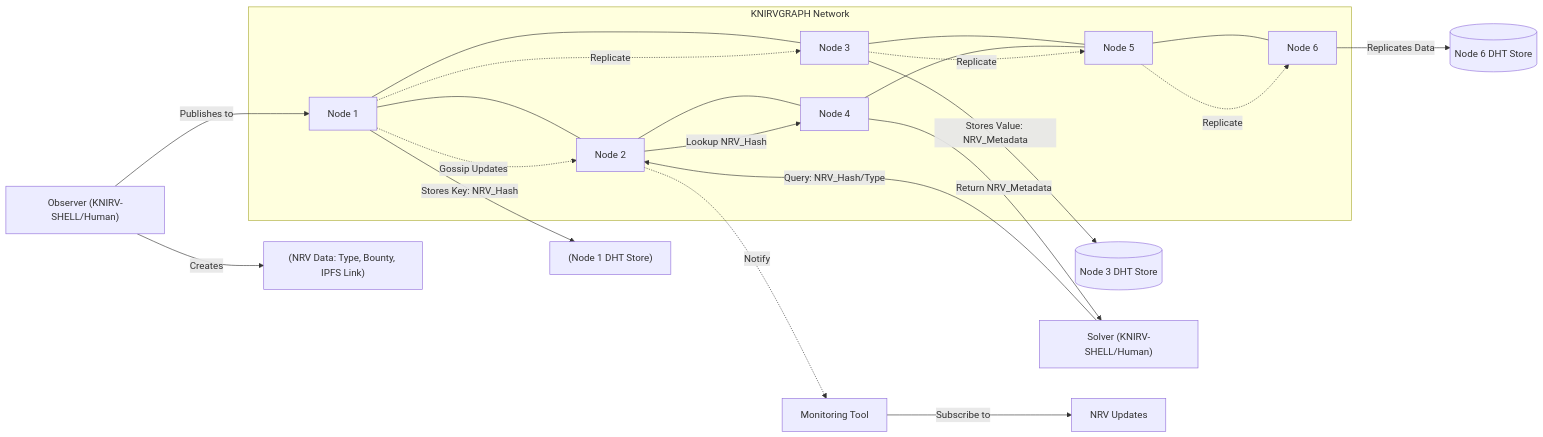
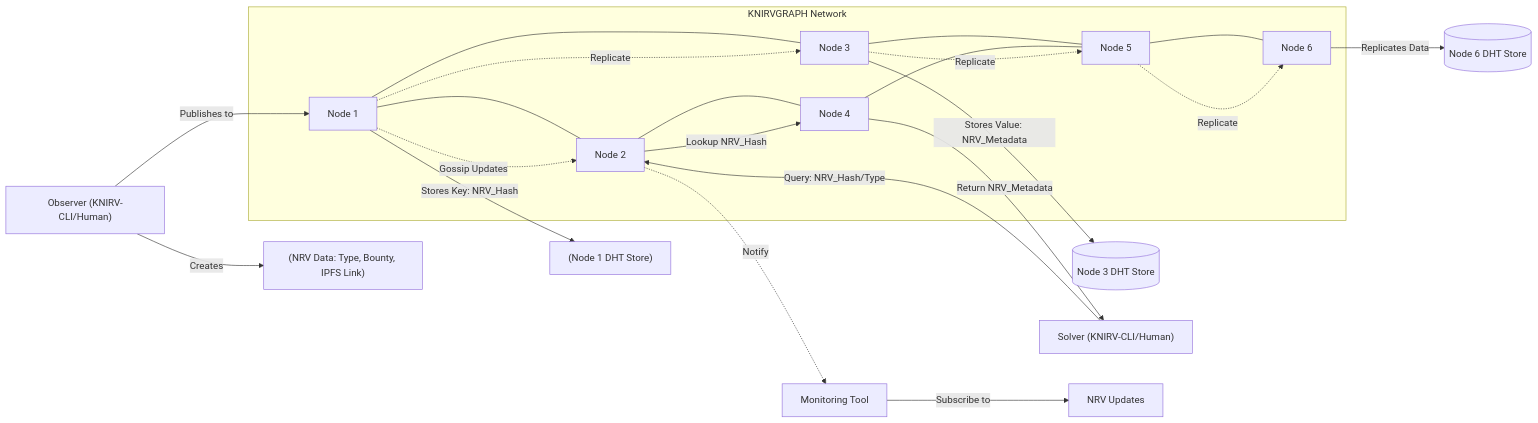
Before and after one commit to guiperry/KNIRV_NETWORK: the second of 9 diagrams in KNIRVGATEWAY/documentation/docsify/whitepapers/KNIRV-GRAPH_Whitepaper.md, drawn with Mermaid. The commit also changed other lines of this file and 1506 other files, not shown here.

````diff
--- a/KNIRVGATEWAY/documentation/docsify/whitepapers/KNIRV-GRAPH_Whitepaper.md
+++ b/KNIRVGATEWAY/documentation/docsify/whitepapers/KNIRV-GRAPH_Whitepaper.md
@@ -157,30 +157,30 @@
 ```mermaid
 graph LR
     subgraph KNIRVGRAPH_NETWORK[KNIRVGRAPH Network]
         N1[Node 1] --- N2[Node 2]
         N1 --- N3[Node 3]
         N2 --- N4[Node 4]
         N3 --- N5[Node 5]
         N4 --- N5
         N5 --- N6[Node 6]
     end
 
-    Obs["Observer (KNIRV-SHELL/Human)"] -- Creates --> NRV_Data["(NRV Data: Type, Bounty, IPFS Link)"]
+    Obs["Observer (KNIRV-CLI/Human)"] -- Creates --> NRV_Data["(NRV Data: Type, Bounty, IPFS Link)"]
     Obs -- Publishes to --> N1
     
     N1 -- Stores Key: NRV_Hash --> N1_Store["(Node 1 DHT Store)"]
     N3 -- Stores Value: NRV_Metadata --> N3_Store[(Node 3 DHT Store)]
     N6 -- Replicates Data --> N6_Store[(Node 6 DHT Store)]
     
-    Solv["Solver (KNIRV-SHELL/Human)"] -- Query: NRV_Hash/Type --> N2
+    Solv["Solver (KNIRV-CLI/Human)"] -- Query: NRV_Hash/Type --> N2
     N2 -- Lookup NRV_Hash --> N4
     N4 -- Return NRV_Metadata --> Solv
 
     Monitor[Monitoring Tool] -- Subscribe to --> DHT_Updates[NRV Updates]
     N1 -. Gossip Updates .-> N2
     N2 -. Notify .-> Monitor
     
     N1 -. Replicate .-> N3
     N3 -. Replicate .-> N5
     N5 -. Replicate .-> N6
 ```
````
